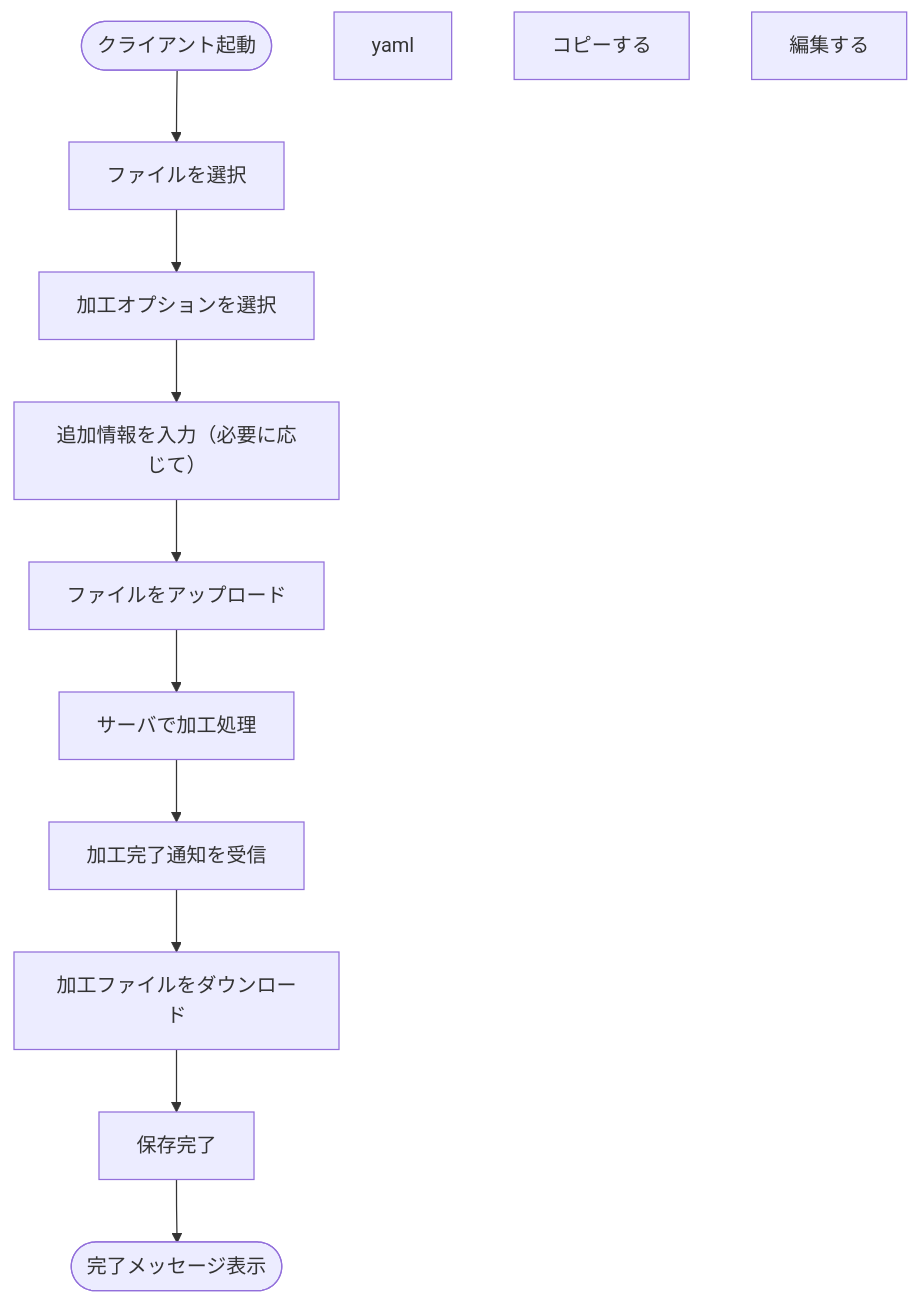
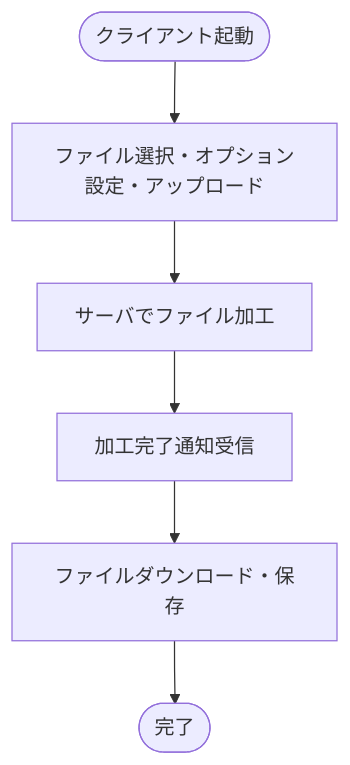
One commit to BackendExplorer/Video-Processor changed the diagram in README.md. Above: the diagram before and after it, drawn with Mermaid. The commit also changed other lines of this file, not shown here.

````diff
--- a/README.md
+++ b/README.md
@@ -155,18 +152,11 @@
 ```mermaid
 flowchart TD
     Start(["クライアント起動"])
-    ファイル選択["ファイルを選択"]
-    オプション選択["加工オプションを選択"]
-    追加情報入力["追加情報を入力（必要に応じて）"]
-    アップロード["ファイルをアップロード"]
-    サーバ加工["サーバで加工処理"]
-    加工通知["加工完了通知を受信"]
-    ダウンロード["加工ファイルをダウンロード"]
-    保存完了["保存完了"]
-    完了(["完了メッセージ表示"])
+    ファイル選択アップロード["ファイル選択・オプション設定・アップロード"]
+    サーバ加工["サーバでファイル加工"]
+    加工完了["加工完了通知受信"]
+    ダウンロード保存["ファイルダウンロード・保存"]
+    完了(["完了"])
 
-    Start --> ファイル選択 --> オプション選択 --> 追加情報入力 --> アップロード --> サーバ加工 --> 加工通知 --> ダウンロード --> 保存完了 --> 完了
-yaml
-コピーする
-編集する
+    Start --> ファイル選択アップロード --> サーバ加工 --> 加工完了 --> ダウンロード保存 --> 完了
 ```
````
